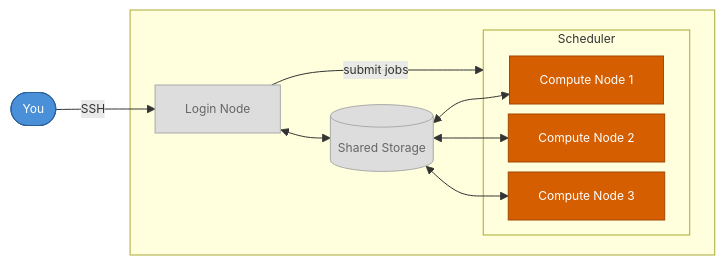
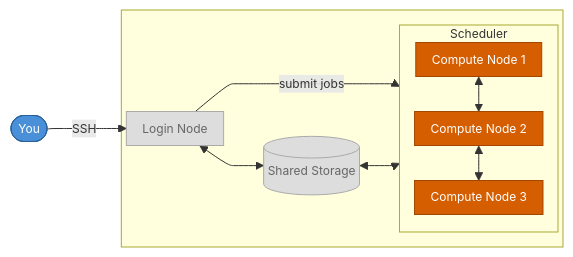
Before and after one commit to OxfordRSE/training-slides-core: the third of 6 diagrams in common/courses/hpc/main.md, drawn with Mermaid. The commit also changed other lines of this file, not shown here.

Commit message:
Redraw HPC components diagram with network between nodes

````diff
--- a/common/courses/hpc/main.md
+++ b/common/courses/hpc/main.md
@@ -159,28 +167,32 @@
 ```mermaid
 ---
 config:
   flowchart:
     nodeSpacing: 10
+    rankSpacing: 10
+    padding: 8
   themeVariables:
     fontSize: 12px
 ---
 flowchart LR
-    You([You]):::local -- SSH --> Login[Login Node]:::dim
+    You([You]):::local -- SSH ------> Login[Login Node]:::dim
 
     subgraph Cluster[" "]
-        Login <--> Storage[(Shared  Storage)]:::dim
+        Login <-----> Storage[(Shared  Storage)]:::dim
         Login -->|submit jobs| Sched
 
         subgraph Sched[Scheduler]
+            direction TB
             C1[Compute Node 1]:::hl
             C2[Compute Node 2]:::hl
             C3[Compute Node 3]:::hl
+            C1 <--> C2 <--> C3
         end
 
-        Storage <--> C1 & C2 & C3
+        Storage <-----> Sched
     end
 
     classDef local fill:#4a90d9,stroke:#2a6099,color:#fff
     classDef dim fill:#ddd,stroke:#aaa,color:#666
     classDef hl fill:#d55e00,stroke:#a34700,color:#fff
 ```
````
